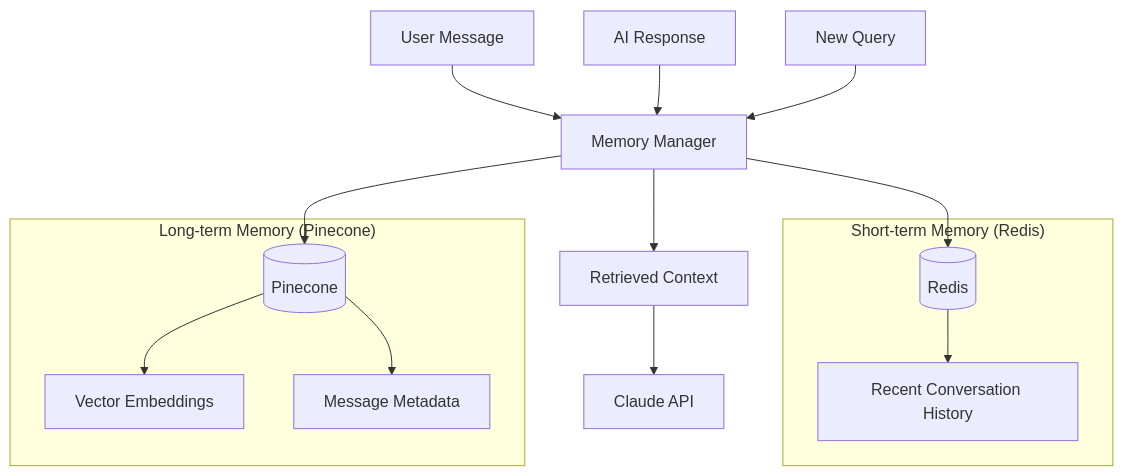
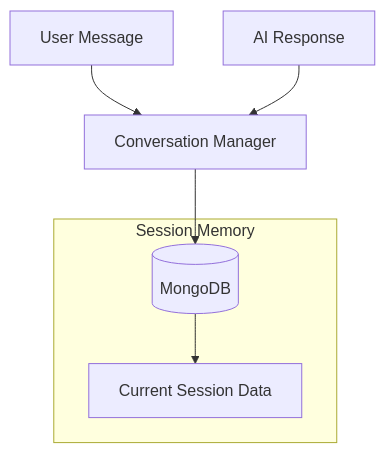
One commit to kazuki-shin/ambi changed the diagram in docs/memory-system/README.md. Above: the diagram before and after it, drawn with Mermaid. The commit also changed other lines of this file and 11 other files, not shown here.

````diff
--- a/docs/memory-system/README.md
+++ b/docs/memory-system/README.md
@@ -14,27 +21,13 @@
 ```mermaid
 graph TB
-    User[User Message] --> MemoryManager[Memory Manager]
-    AI[AI Response] --> MemoryManager
+    User[User Message] --> ConversationManager[Conversation Manager]
+    AI[AI Response] --> ConversationManager
     
-    subgraph "Short-term Memory (Redis)"
-        Redis[(Redis)]
-        RecentHistory[Recent Conversation History]
+    subgraph "Session Memory"
+        MongoDB[(MongoDB)]
+        CurrentSession[Current Session Data]
     end
     
-    subgraph "Long-term Memory (Pinecone)"
-        Pinecone[(Pinecone)]
-        Embeddings[Vector Embeddings]
-        Metadata[Message Metadata]
-    end
-    
-    MemoryManager --> Redis
-    MemoryManager --> Pinecone
-    
-    Redis --> RecentHistory
-    Pinecone --> Embeddings
-    Pinecone --> Metadata
-    
-    Query[New Query] --> MemoryManager
-    MemoryManager --> RetrievedContext[Retrieved Context]
-    RetrievedContext --> ClaudeAPI[Claude API]
+    ConversationManager --> MongoDB
+    MongoDB --> CurrentSession
 ```
````
